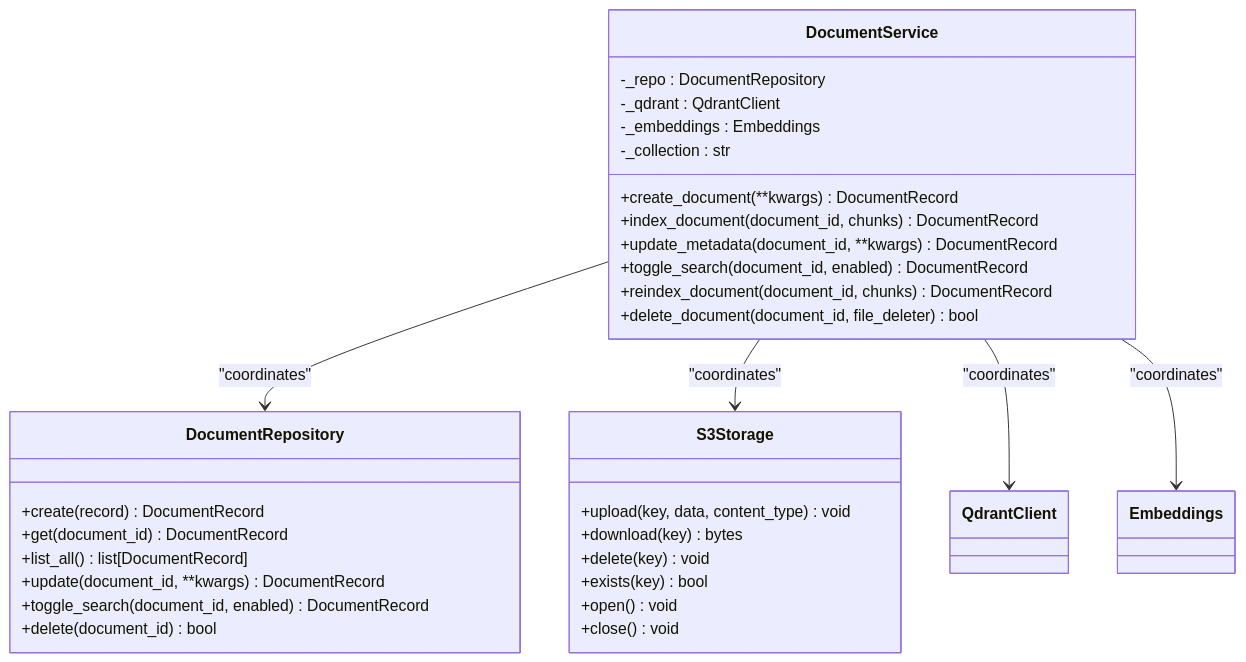
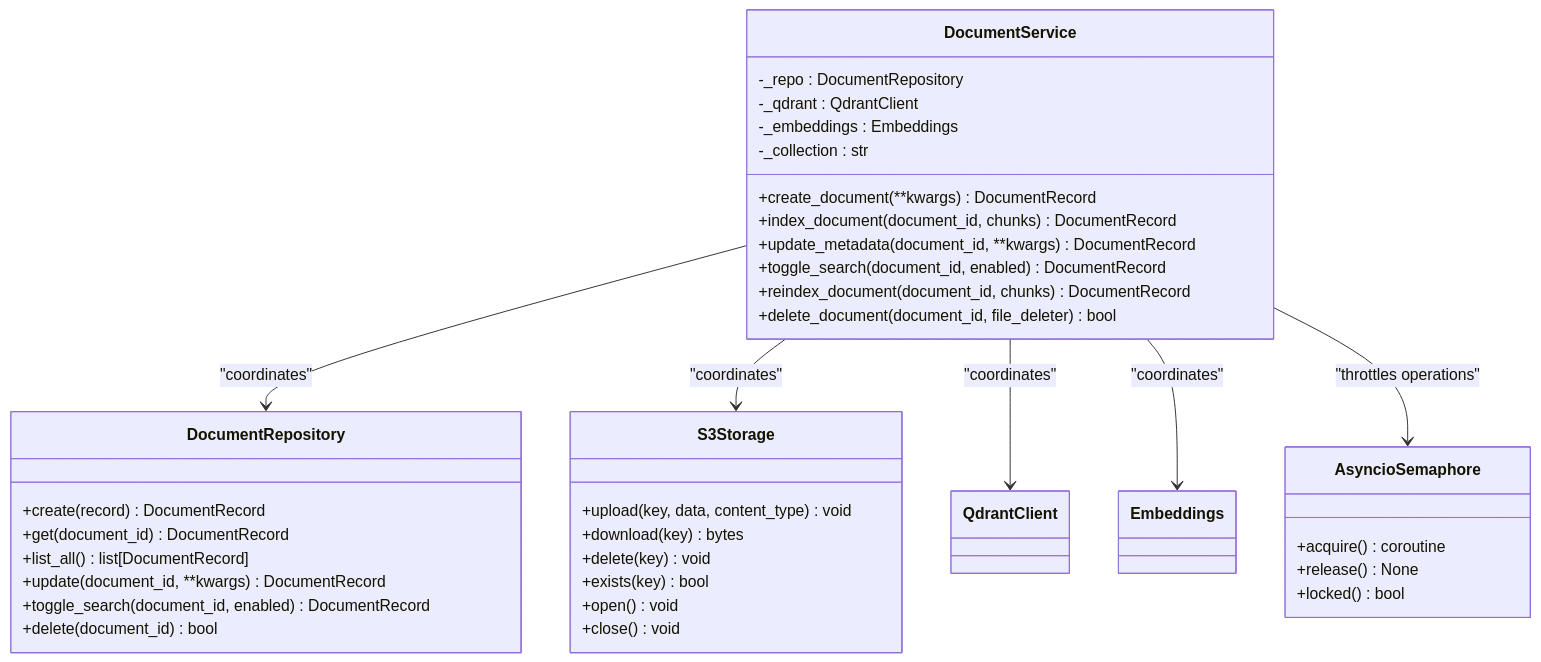
The fifth of 8 diagrams in .qoder/repowiki/en/content/API Reference/Dependency Injection System.md (ognelis/cafetera_hr_bot), drawn with Mermaid before and after one commit. The commit also changed other lines of this file and 7 other files, not shown here.

````diff
--- a/.qoder/repowiki/en/content/API Reference/Dependency Injection System.md
+++ b/.qoder/repowiki/en/content/API Reference/Dependency Injection System.md
@@ -241,35 +278,41 @@
 ```mermaid
 classDiagram
 class DocumentService {
 -_repo : DocumentRepository
 -_qdrant : QdrantClient
 -_embeddings : Embeddings
 -_collection : str
 +create_document(**kwargs) DocumentRecord
 +index_document(document_id, chunks) DocumentRecord
 +update_metadata(document_id, **kwargs) DocumentRecord
 +toggle_search(document_id, enabled) DocumentRecord
 +reindex_document(document_id, chunks) DocumentRecord
 +delete_document(document_id, file_deleter) bool
 }
 class DocumentRepository {
 +create(record) DocumentRecord
 +get(document_id) DocumentRecord
 +list_all() list[DocumentRecord]
 +update(document_id, **kwargs) DocumentRecord
 +toggle_search(document_id, enabled) DocumentRecord
 +delete(document_id) bool
 }
 class S3Storage {
 +upload(key, data, content_type) void
 +download(key) bytes
 +delete(key) void
 +exists(key) bool
 +open() void
 +close() void
 }
+class AsyncioSemaphore {
++acquire() coroutine
++release() None
++locked() bool
+}
 DocumentService --> DocumentRepository : "coordinates"
 DocumentService --> S3Storage : "coordinates"
 DocumentService --> QdrantClient : "coordinates"
 DocumentService --> Embeddings : "coordinates"
+DocumentService --> AsyncioSemaphore : "throttles operations"
 ```
````
